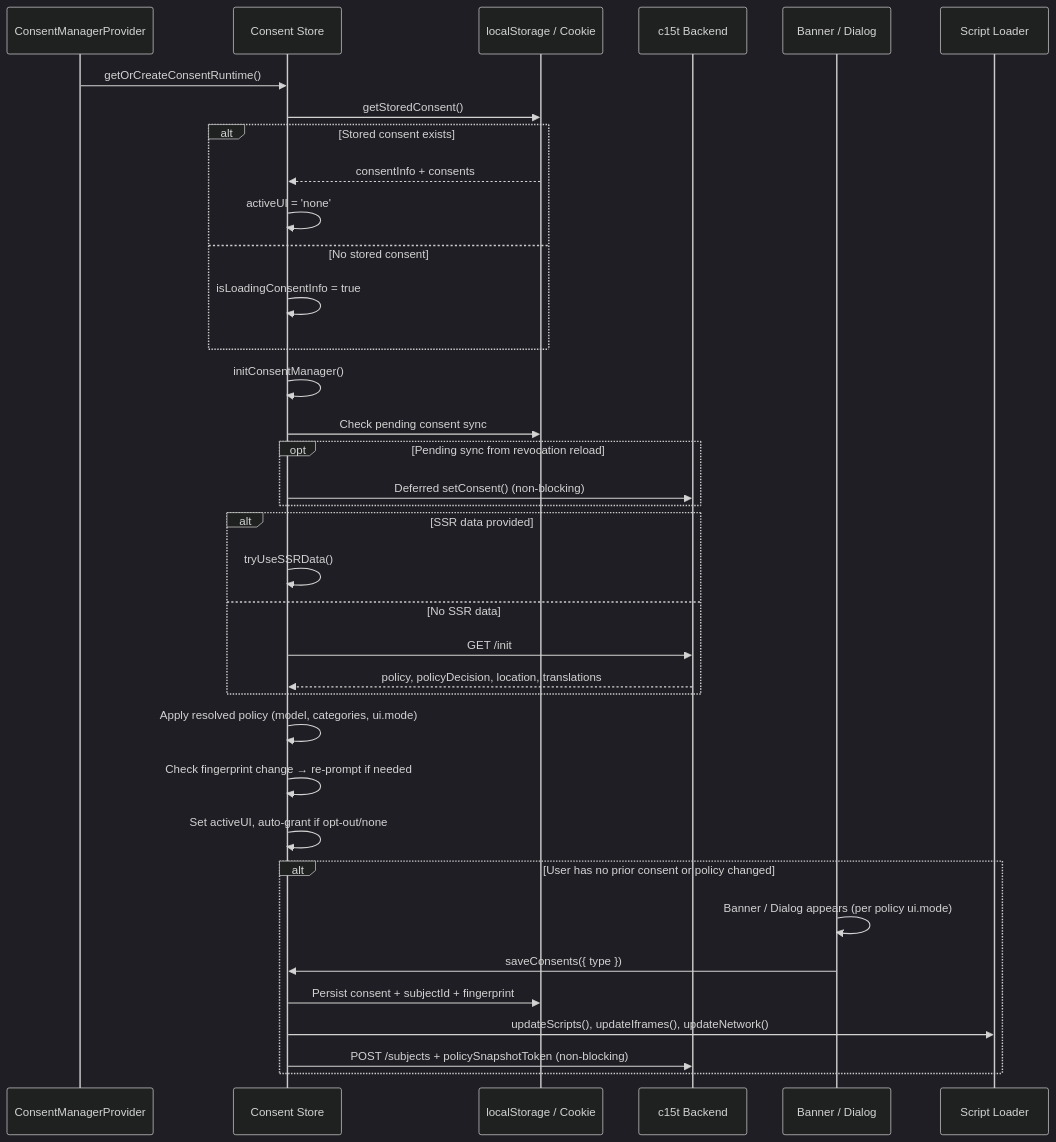
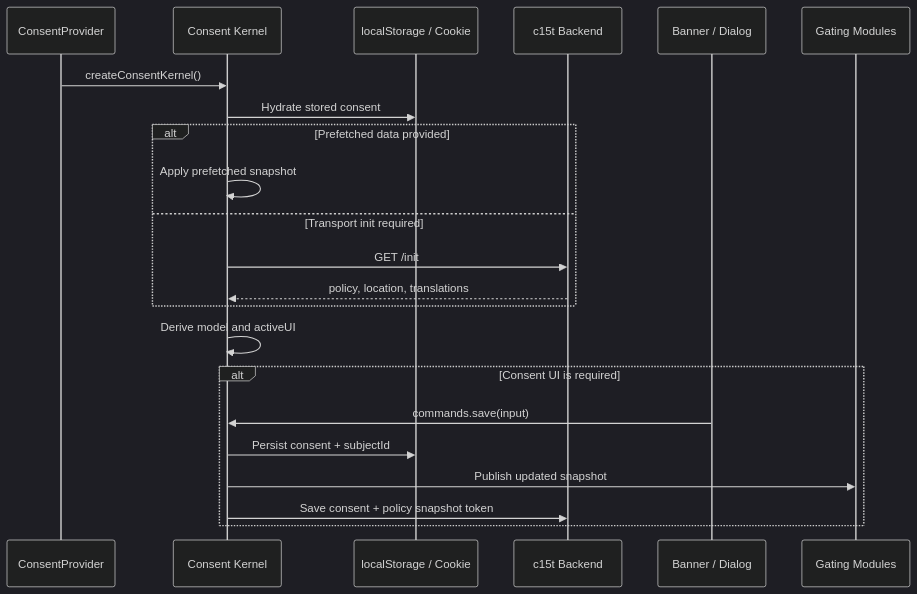
One commit to c15t/c15t changed the diagram in docs/shared/concepts/initialization-flow.mdx. Above: the diagram before and after it, drawn with Mermaid (dark theme). The commit also changed other lines of this file and 1535 other files, not shown here.

````diff
--- a/docs/shared/concepts/initialization-flow.mdx
+++ b/docs/shared/concepts/initialization-flow.mdx
@@ -28,43 +28,26 @@
       ```mermaid
       sequenceDiagram
-          participant Provider as ConsentManagerProvider
-          participant Store as Consent Store
+          participant Provider as ConsentProvider
+          participant Kernel as Consent Kernel
           participant Storage as localStorage / Cookie
           participant API as c15t Backend
           participant UI as Banner / Dialog
-          participant Scripts as Script Loader
+          participant Scripts as Gating Modules
 
-          Provider->>Store: getOrCreateConsentRuntime()
-          Store->>Storage: getStoredConsent()
-          alt Stored consent exists
-              Storage-->>Store: consentInfo + consents
-              Store->>Store: activeUI = 'none'
-          else No stored consent
-              Store->>Store: isLoadingConsentInfo = true
+          Provider->>Kernel: createConsentKernel()
+          Kernel->>Storage: Hydrate stored consent
+          alt Prefetched data provided
+              Kernel->>Kernel: Apply prefetched snapshot
+          else Transport init required
+              Kernel->>API: GET /init
+              API-->>Kernel: policy, location, translations
           end
+          Kernel->>Kernel: Derive model and activeUI
 
-          Store->>Store: initConsentManager()
-          Store->>Storage: Check pending consent sync
-          opt Pending sync from revocation reload
-              Store->>API: Deferred setConsent() (non-blocking)
-          end
-
-          alt SSR data provided
-              Store->>Store: tryUseSSRData()
-          else No SSR data
-              Store->>API: GET /init
-              API-->>Store: policy, policyDecision, location, translations
-          end
-
-          Store->>Store: Apply resolved policy (model, categories, ui.mode)
-          Store->>Store: Check fingerprint change → re-prompt if needed
-          Store->>Store: Set activeUI, auto-grant if opt-out/none
-
-          alt User has no prior consent or policy changed
-              UI->>UI: Banner / Dialog appears (per policy ui.mode)
-              UI->>Store: saveConsents({ type })
-              Store->>Storage: Persist consent + subjectId + fingerprint
-              Store->>Scripts: updateScripts(), updateIframes(), updateNetwork()
-              Store->>API: POST /subjects + policySnapshotToken (non-blocking)
+          alt Consent UI is required
+              UI->>Kernel: commands.save(input)
+              Kernel->>Storage: Persist consent + subjectId
+              Kernel->>Scripts: Publish updated snapshot
+              Kernel->>API: Save consent + policy snapshot token
           end
       ```
````
